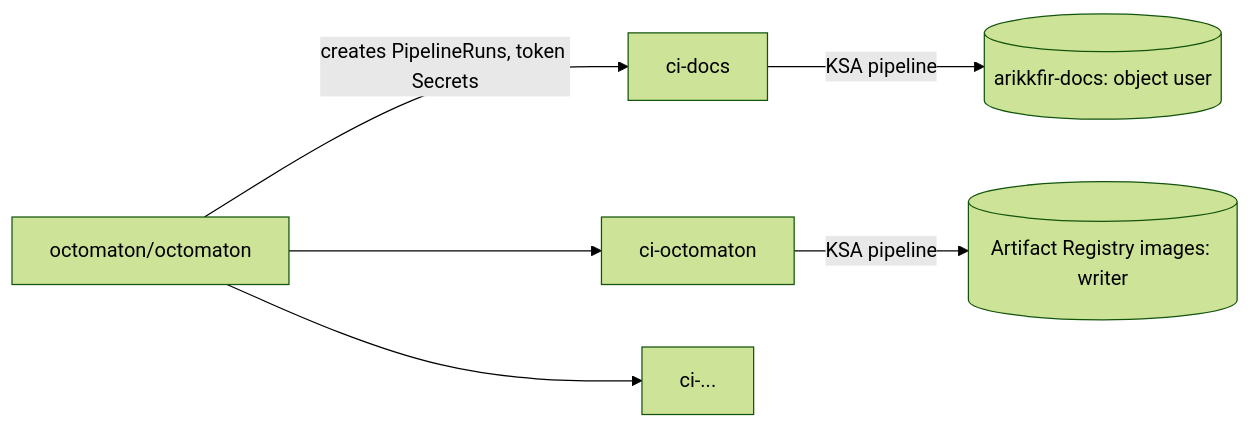
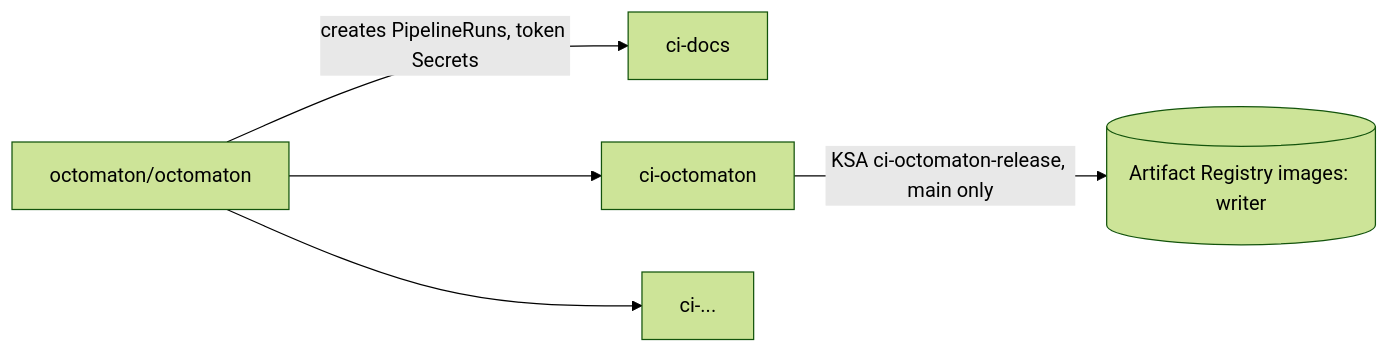
Before and after one commit to arikkfir-org/docs: the second of 4 diagrams in hub/designs/phase-2-octomaton.md, drawn with Mermaid (forest theme). The commit also changed other lines of this file and 2 other files, not shown here.

````diff
--- a/hub/designs/phase-2-octomaton.md
+++ b/hub/designs/phase-2-octomaton.md
@@ -88,8 +88,7 @@
 ```mermaid
 flowchart LR
   SB[octomaton/octomaton] -- creates PipelineRuns, token Secrets --> NS1[ci-docs]
   SB --> NS2[ci-octomaton]
   SB --> NS3[ci-...]
-  NS1 -- KSA pipeline --> B1[(arikkfir-docs: object user)]
-  NS2 -- KSA pipeline --> B2[(Artifact Registry images: writer)]
+  NS2 -- KSA ci-octomaton-release, main only --> B2[(Artifact Registry images: writer)]
 ```
````
